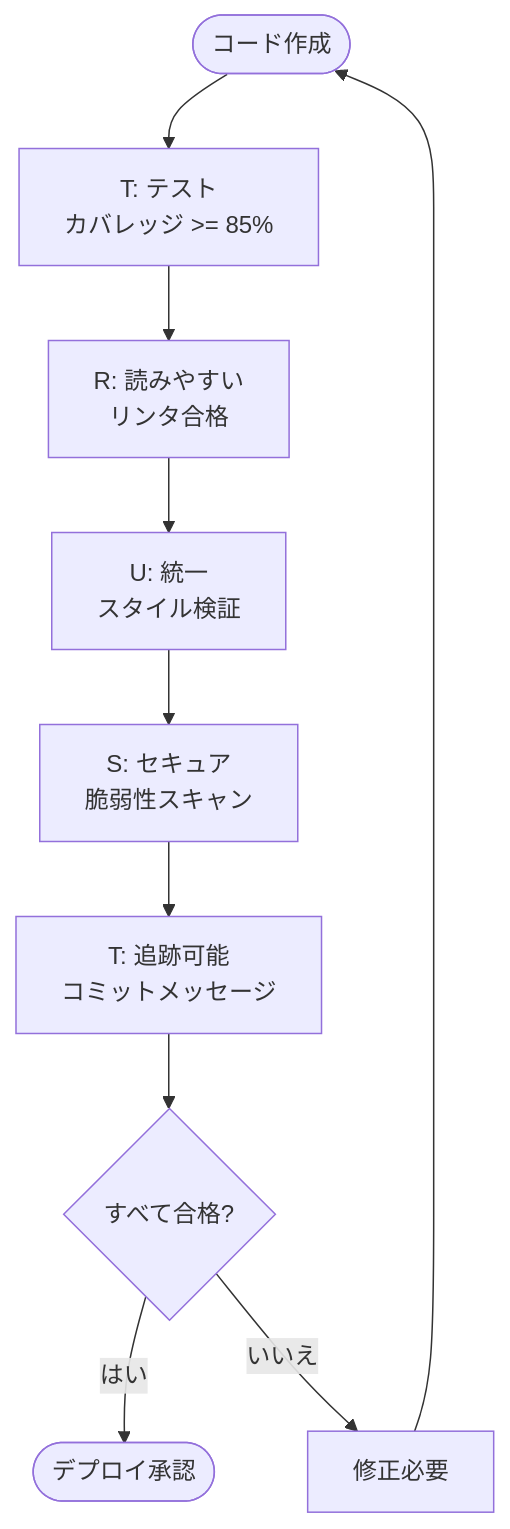
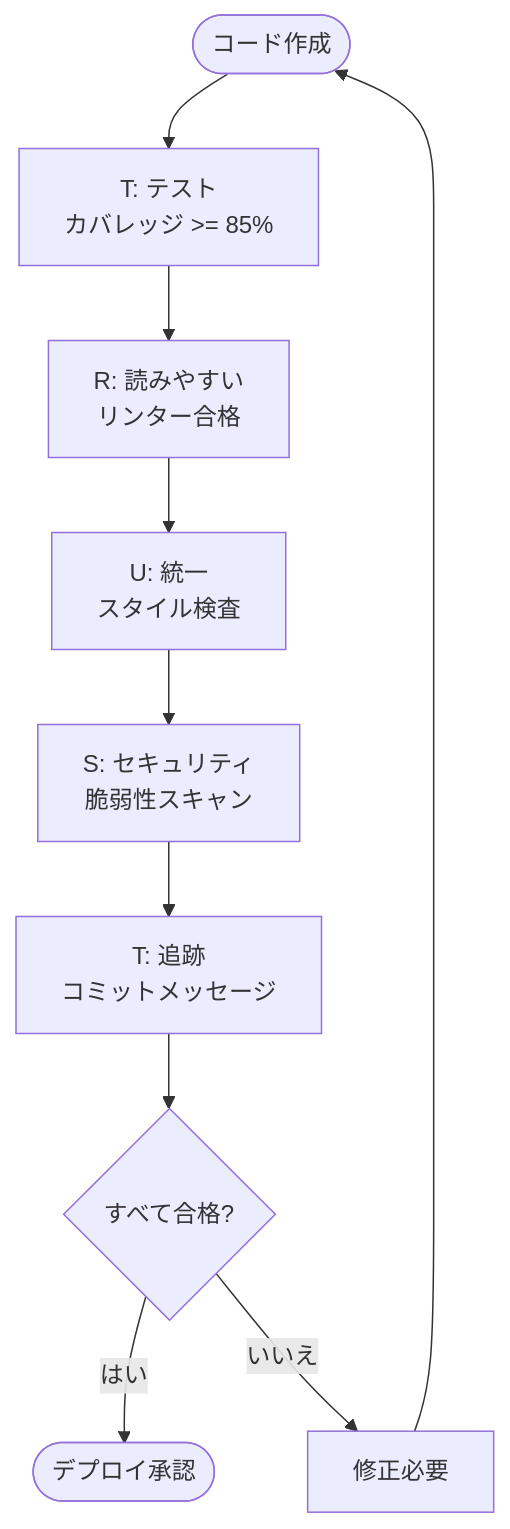
One commit to modu-ai/moai-adk changed the fourth of 5 diagrams in README.ja.md. Above: the diagram before and after it, drawn with Mermaid. The commit also changed other lines of this file and 20 other files, not shown here.

````diff
--- a/README.ja.md
+++ b/README.ja.md
@@ -1598,12 +1937,12 @@
 ```mermaid
 flowchart TD
     Start([コード作成]) --> T[T: テスト<br/>カバレッジ >= 85%]
-    T --> R[R: 読みやすい<br/>リンタ合格]
-    R --> U[U: 統一<br/>スタイル検証]
-    U --> S[S: セキュア<br/>脆弱性スキャン]
-    S --> T2[T: 追跡可能<br/>コミットメッセージ]
+    T --> R[R: 読みやすい<br/>リンター合格]
+    R --> U[U: 統一<br/>スタイル検査]
+    U --> S[S: セキュリティ<br/>脆弱性スキャン]
+    S --> T2[T: 追跡<br/>コミットメッセージ]
     T2 --> Pass{すべて合格?}
     Pass -->|はい| Success([デプロイ承認])
     Pass -->|いいえ| Fix[修正必要]
     Fix --> Start
 ```
````
